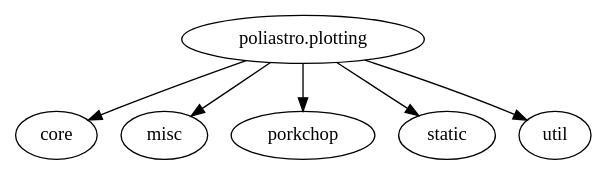
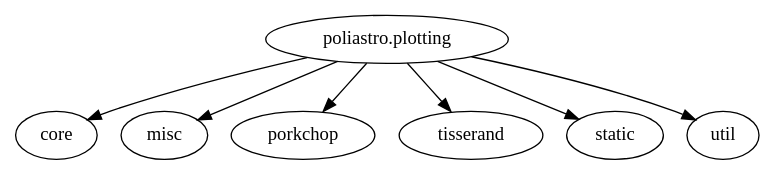
Before and after one commit to poliastro/poliastro: the diagram in docs/source/api/safe/plotting/plotting_index.rst, drawn with Graphviz. The commit also changed other lines of this file and 1 other file, not shown here.

Commit message:
Document tisserand.py module

```diff
--- a/docs/source/api/safe/plotting/plotting_index.rst
+++ b/docs/source/api/safe/plotting/plotting_index.rst
@@ -8,5 +8,5 @@
 .. graphviz::
 
    digraph {
-      "poliastro.plotting" -> "core", "misc", "porkchop", "static", "util";
+      "poliastro.plotting" -> "core", "misc", "porkchop", "tisserand", "static", "util";
    }
```
